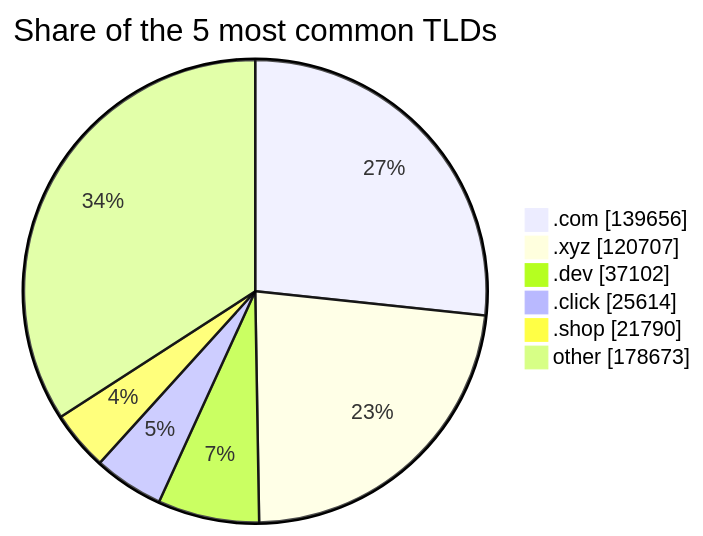
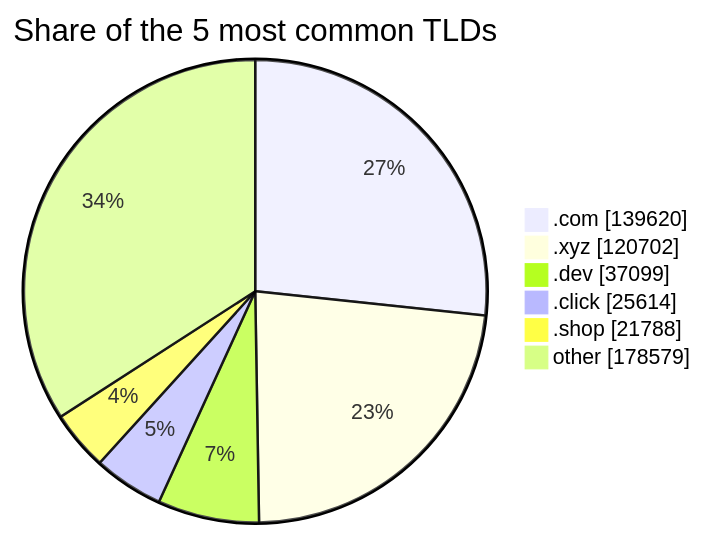
One commit to DNSBunker/CTI changed the third of 3 diagrams in README.md. Above: the diagram before and after it, drawn with Mermaid. The commit also changed other lines of this file and 3 other files, not shown here.

````diff
--- a/README.md
+++ b/README.md
@@ -81,9 +81,9 @@
 ```mermaid
 pie showData title Share of the 5 most common TLDs
-    ".com" : 139656
-    ".xyz" : 120707
-    ".dev" : 37102
+    ".com" : 139620
+    ".xyz" : 120702
+    ".dev" : 37099
     ".click" : 25614
-    ".shop" : 21790
-    "other" : 178673
+    ".shop" : 21788
+    "other" : 178579
 ```
````
